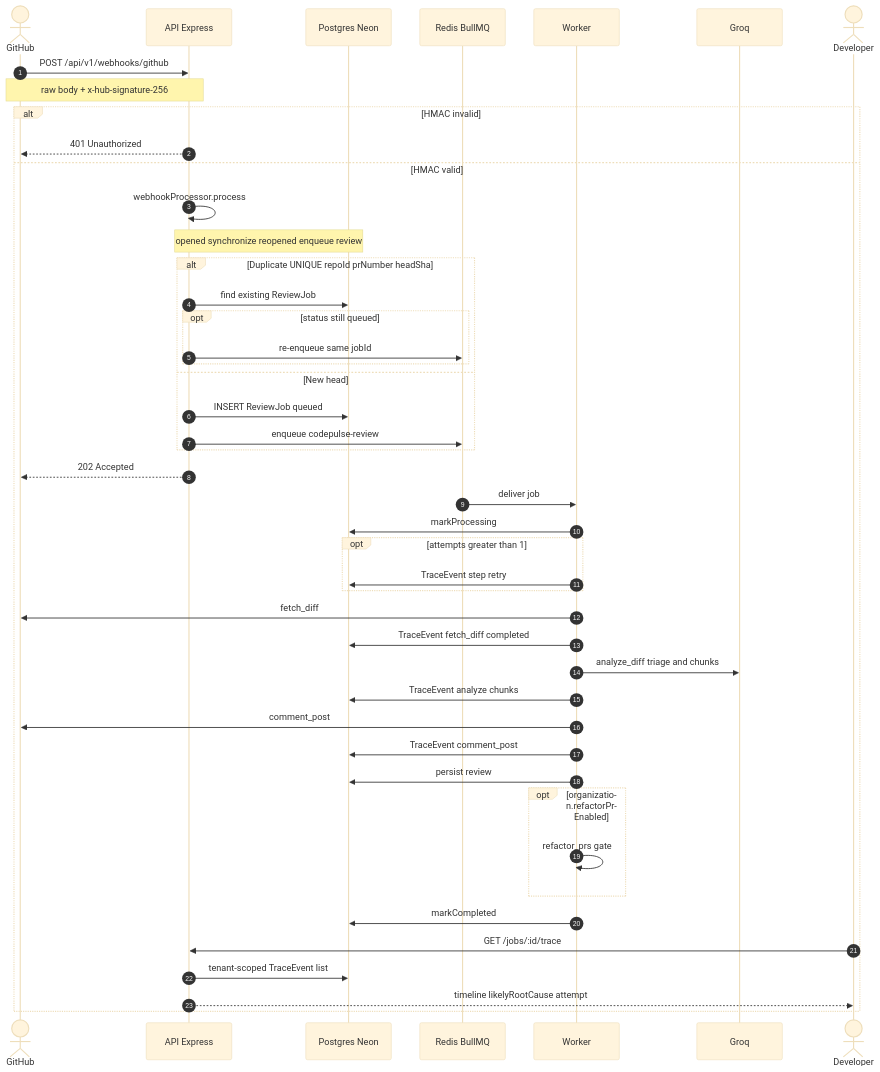
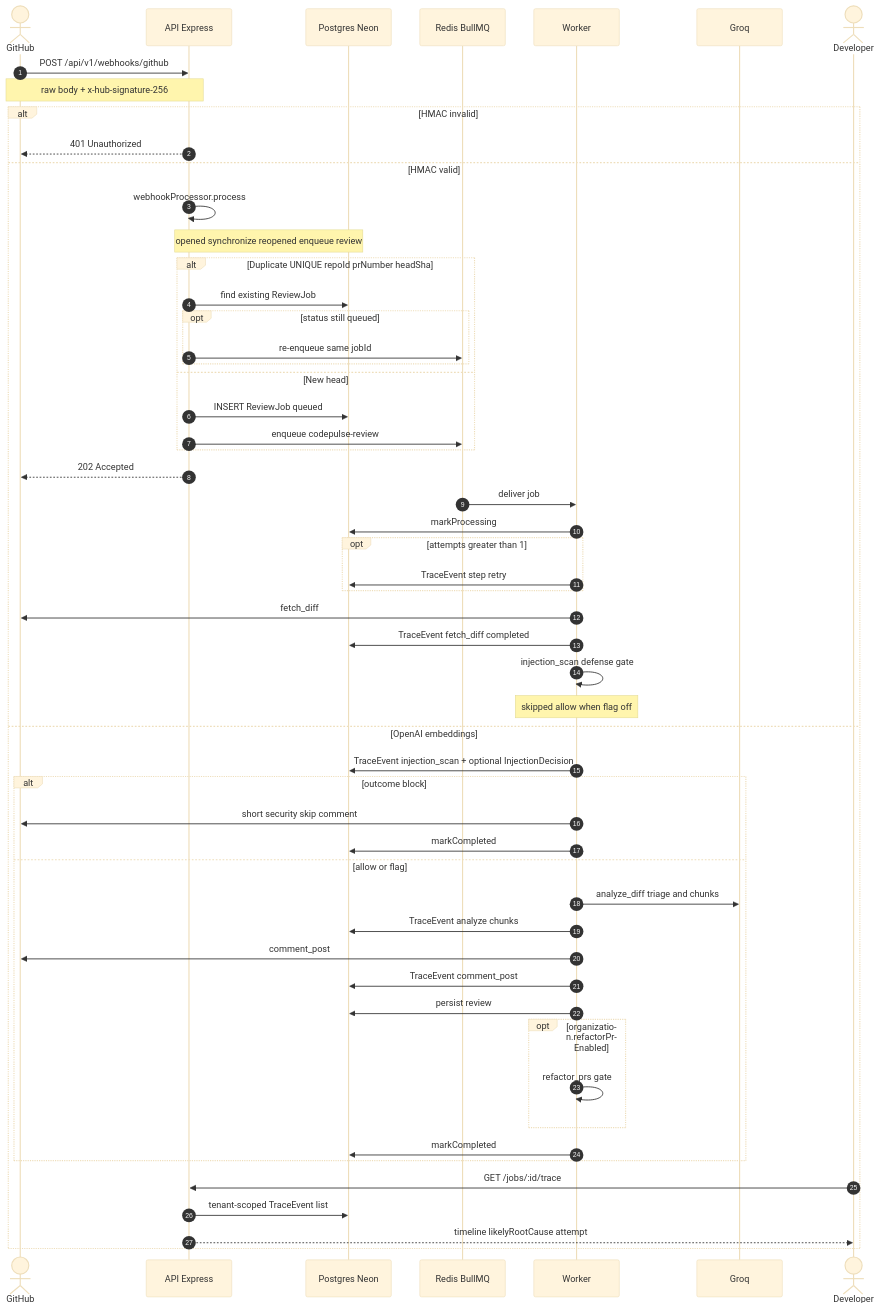
One commit to ahmadmustafa02/CodePulse changed the first of 4 diagrams in docs/architecture/sequence-webhook-to-review.md. Above: the diagram before and after it, drawn with Mermaid (base theme). The commit also changed other lines of this file and 30 other files, not shown here.

First line of the commit message:
Add pre-Groq injection-defense gate with embeddings classifier.

````diff
--- a/docs/architecture/sequence-webhook-to-review.md
+++ b/docs/architecture/sequence-webhook-to-review.md
@@ -10,49 +10,57 @@
 ```mermaid
 sequenceDiagram
     autonumber
     actor GH as GitHub
     participant API as API Express
     participant DB as Postgres Neon
     participant Redis as Redis BullMQ
     participant W as Worker
     participant Groq as Groq
     actor Dev as Developer
 
     GH->>API: POST /api/v1/webhooks/github
     Note over GH,API: raw body + x-hub-signature-256
     alt HMAC invalid
         API-->>GH: 401 Unauthorized
     else HMAC valid
         API->>API: webhookProcessor.process
         Note over API,DB: opened synchronize reopened enqueue review
         alt Duplicate UNIQUE repoId prNumber headSha
             API->>DB: find existing ReviewJob
             opt status still queued
                 API->>Redis: re-enqueue same jobId
             end
         else New head
             API->>DB: INSERT ReviewJob queued
             API->>Redis: enqueue codepulse-review
         end
         API-->>GH: 202 Accepted
         Redis->>W: deliver job
         W->>DB: markProcessing
         opt attempts greater than 1
             W->>DB: TraceEvent step retry
         end
         W->>GH: fetch_diff
         W->>DB: TraceEvent fetch_diff completed
-        W->>Groq: analyze_diff triage and chunks
-        W->>DB: TraceEvent analyze chunks
-        W->>GH: comment_post
-        W->>DB: TraceEvent comment_post
-        W->>DB: persist review
-        opt organization.refactorPrEnabled
-            W->>W: refactor_prs gate
+        W->>W: injection_scan defense gate
+        Note over W: skipped allow when flag off; else OpenAI embeddings
+        W->>DB: TraceEvent injection_scan + optional InjectionDecision
+        alt outcome block
+            W->>GH: short security skip comment
+            W->>DB: markCompleted
+        else allow or flag
+            W->>Groq: analyze_diff triage and chunks
+            W->>DB: TraceEvent analyze chunks
+            W->>GH: comment_post
+            W->>DB: TraceEvent comment_post
+            W->>DB: persist review
+            opt organization.refactorPrEnabled
+                W->>W: refactor_prs gate
+            end
+            W->>DB: markCompleted
         end
-        W->>DB: markCompleted
         Dev->>API: GET /jobs/:id/trace
         API->>DB: tenant-scoped TraceEvent list
         API-->>Dev: timeline likelyRootCause attempt
     end
 ```
````
